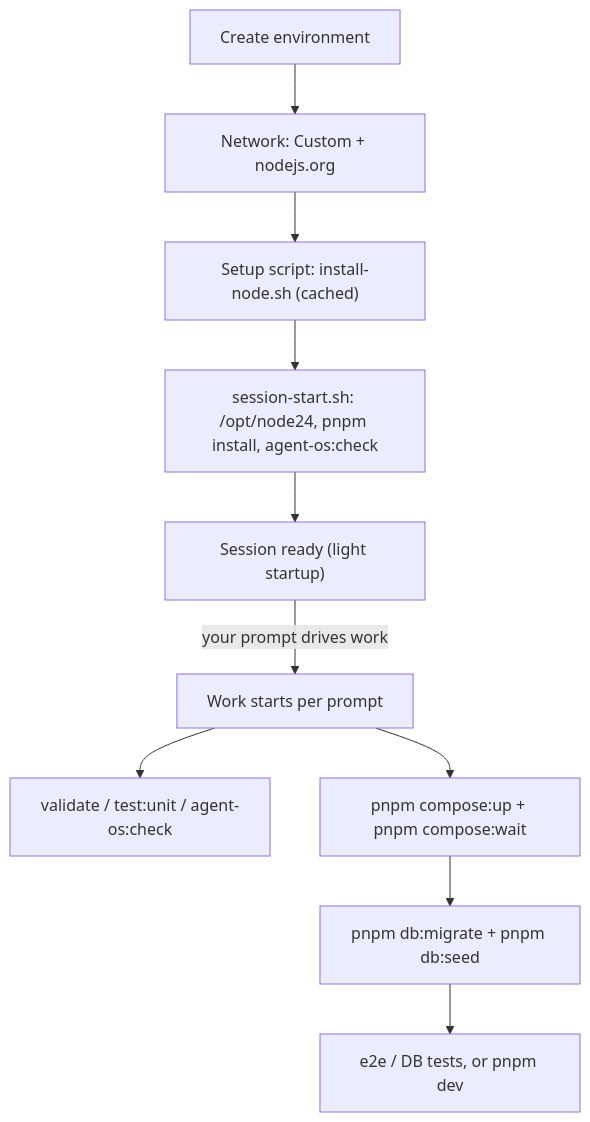
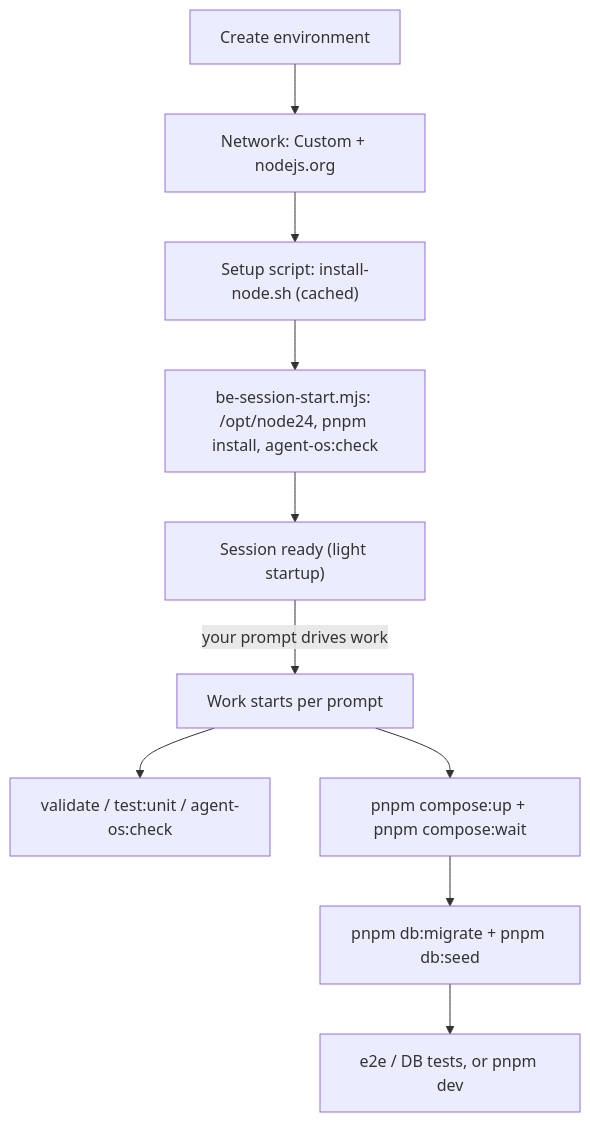
Before and after one commit to albetrios/clinozy-be: the diagram in docs/integrations/claude-code-web-environment.md, drawn with Mermaid. The commit also changed other lines of this file and 458 other files, not shown here.

````diff
--- a/docs/integrations/claude-code-web-environment.md
+++ b/docs/integrations/claude-code-web-environment.md
@@ -248,12 +271,12 @@
 ```mermaid
 flowchart TD
   create["Create environment"] --> net["Network: Custom + nodejs.org"]
   net --> setupScript["Setup script: install-node.sh (cached)"]
-  setupScript --> hook["session-start.sh: /opt/node24, pnpm install, agent-os:check"]
+  setupScript --> hook["be-session-start.mjs: /opt/node24, pnpm install, agent-os:check"]
   hook --> ready["Session ready (light startup)"]
   ready -->|"your prompt drives work"| prompt["Work starts per prompt"]
   prompt --> staticChecks["validate / test:unit / agent-os:check"]
   prompt --> services["pnpm compose:up + pnpm compose:wait"]
   services --> migrate["pnpm db:migrate + pnpm db:seed"]
   migrate --> dbWork["e2e / DB tests, or pnpm dev"]
 ```
````
